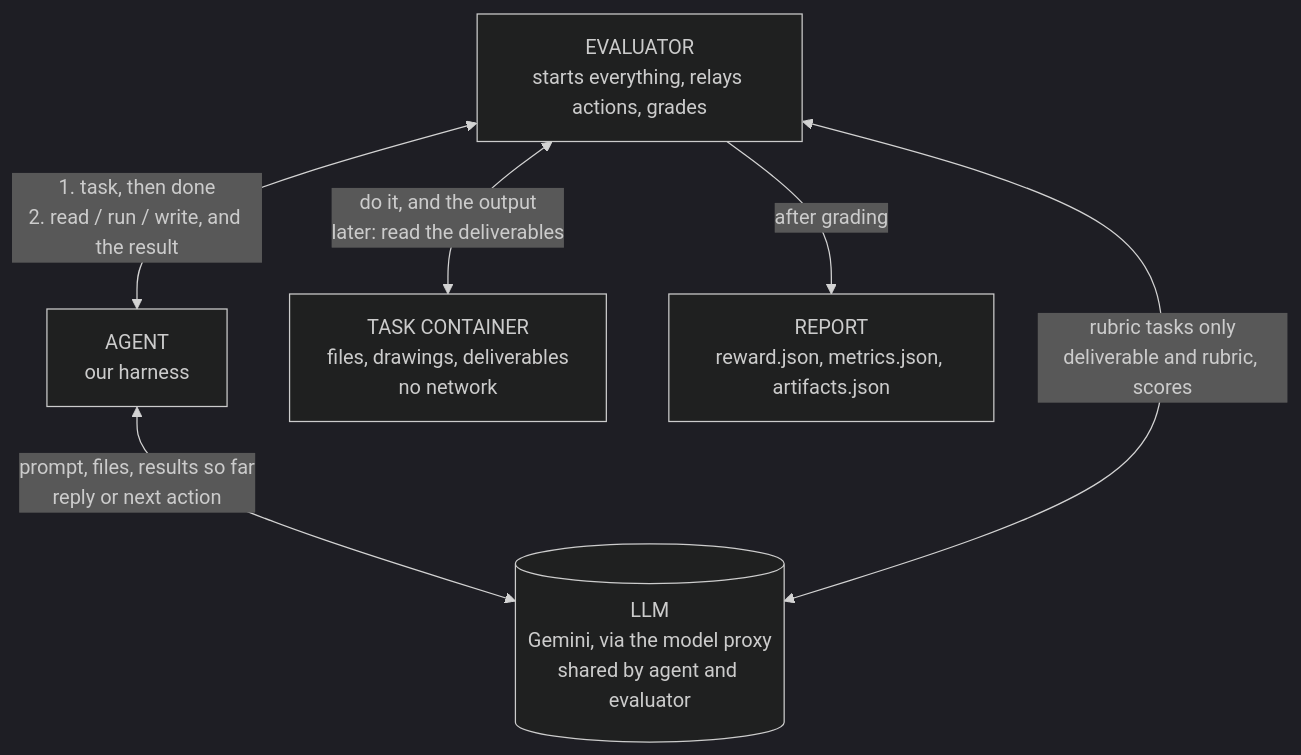
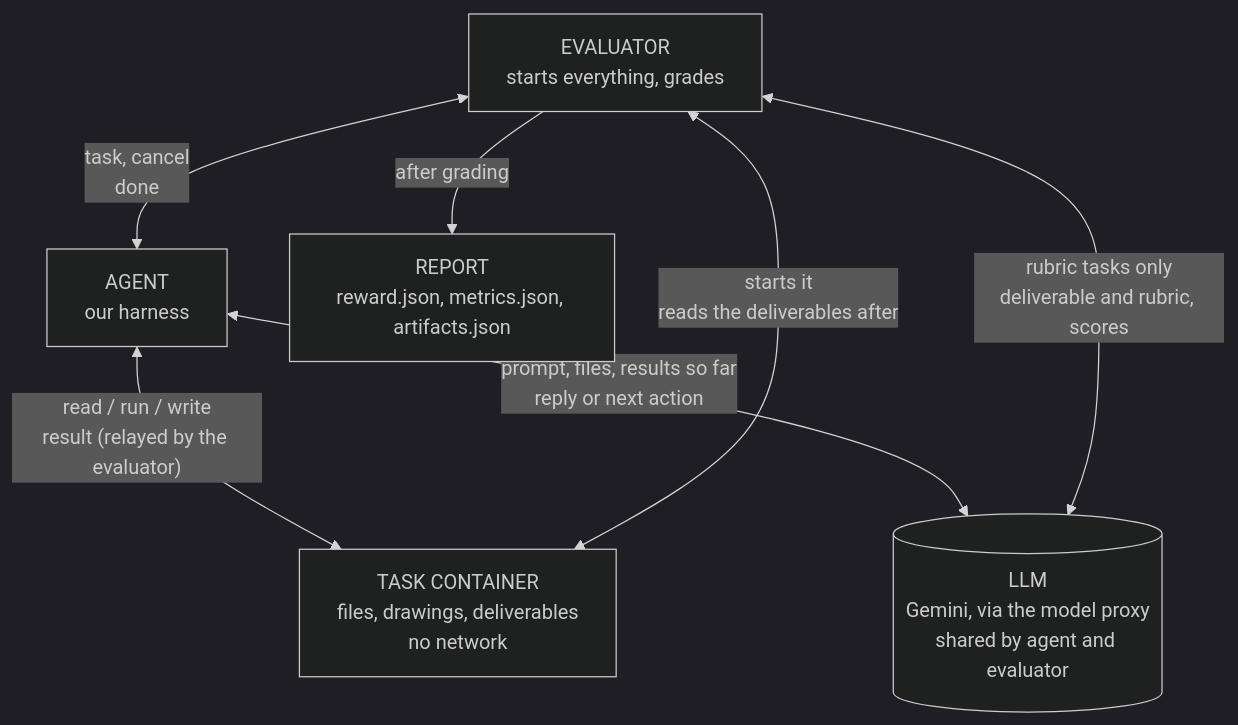
One commit to SophusRosendahl/ple-submission changed the diagram in docs/how-it-works.md. Above: the diagram before and after it, drawn with Mermaid (dark theme). The commit also changed other lines of this file, not shown here.

Commit message:
How a run works: agent talks to the task container (relayed by the evaluator)
Claude-Session: https://claude.ai/code/session_01VAXg1Rv3qVZL8ddUfUoGP9

````diff
--- a/docs/how-it-works.md
+++ b/docs/how-it-works.md
@@ -3,14 +3,15 @@
 ```mermaid
 flowchart TB
-  EV["EVALUATOR<br/>starts everything, relays actions, grades"]
+  EV["EVALUATOR<br/>starts everything, grades"]
   AG["AGENT<br/>our harness"]
   TC["TASK CONTAINER<br/>files, drawings, deliverables<br/>no network"]
   LLM[("LLM<br/>Gemini, via the model proxy<br/>shared by agent and evaluator")]
   RP["REPORT<br/>reward.json, metrics.json, artifacts.json"]
 
-  EV <-->|"1. task, then done<br/>2. read / run / write, and the result"| AG
-  EV <-->|"do it, and the output<br/>later: read the deliverables"| TC
+  EV <-->|"task, cancel<br/>done"| AG
+  AG <-->|"read / run / write<br/>result (relayed by the evaluator)"| TC
   AG <-->|"prompt, files, results so far<br/>reply or next action"| LLM
+  EV <-->|"starts it<br/>reads the deliverables after"| TC
   EV <-->|"rubric tasks only<br/>deliverable and rubric, scores"| LLM
   EV -->|"after grading"| RP
 ```
````
